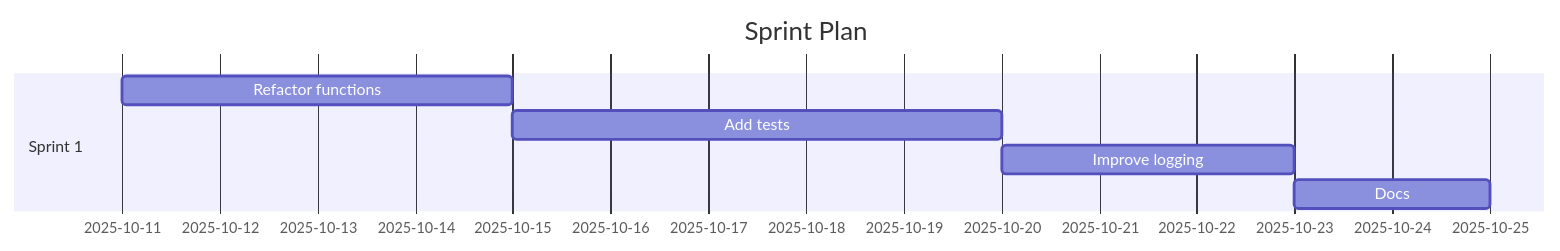
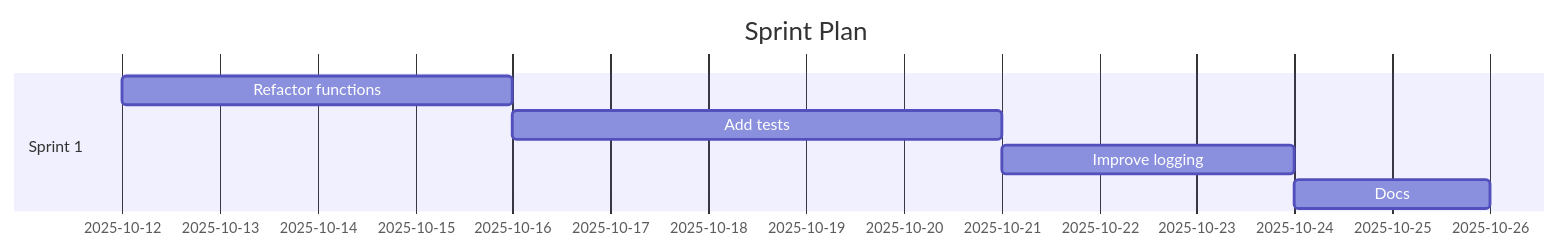
One commit to Anselmoo/mcp-ai-agent-guidelines changed the diagram in demos/demo-code-analysis.sprint.md. Above: the diagram before and after it, drawn with Mermaid. The commit also changed other lines of this file and 10 other files, not shown here.

````diff
--- a/demos/demo-code-analysis.sprint.md
+++ b/demos/demo-code-analysis.sprint.md
@@ -59,11 +59,11 @@
 ```mermaid
 gantt
 	dateFormat  YYYY-MM-DD
 	title Sprint Plan
 %% Accessibility: Title=Project Sprint Plan; Description=Gantt chart of sprints and tasks over time. %%
   section Sprint 1
-  Refactor functions :s1t0, 2025-10-11, 4d
-  Add tests :s1t1, 2025-10-15, 5d
-  Improve logging :s1t2, 2025-10-20, 3d
-  Docs :s1t3, 2025-10-23, 2d
+  Refactor functions :s1t0, 2025-10-12, 4d
+  Add tests :s1t1, 2025-10-16, 5d
+  Improve logging :s1t2, 2025-10-21, 3d
+  Docs :s1t3, 2025-10-24, 2d
 ```
````
